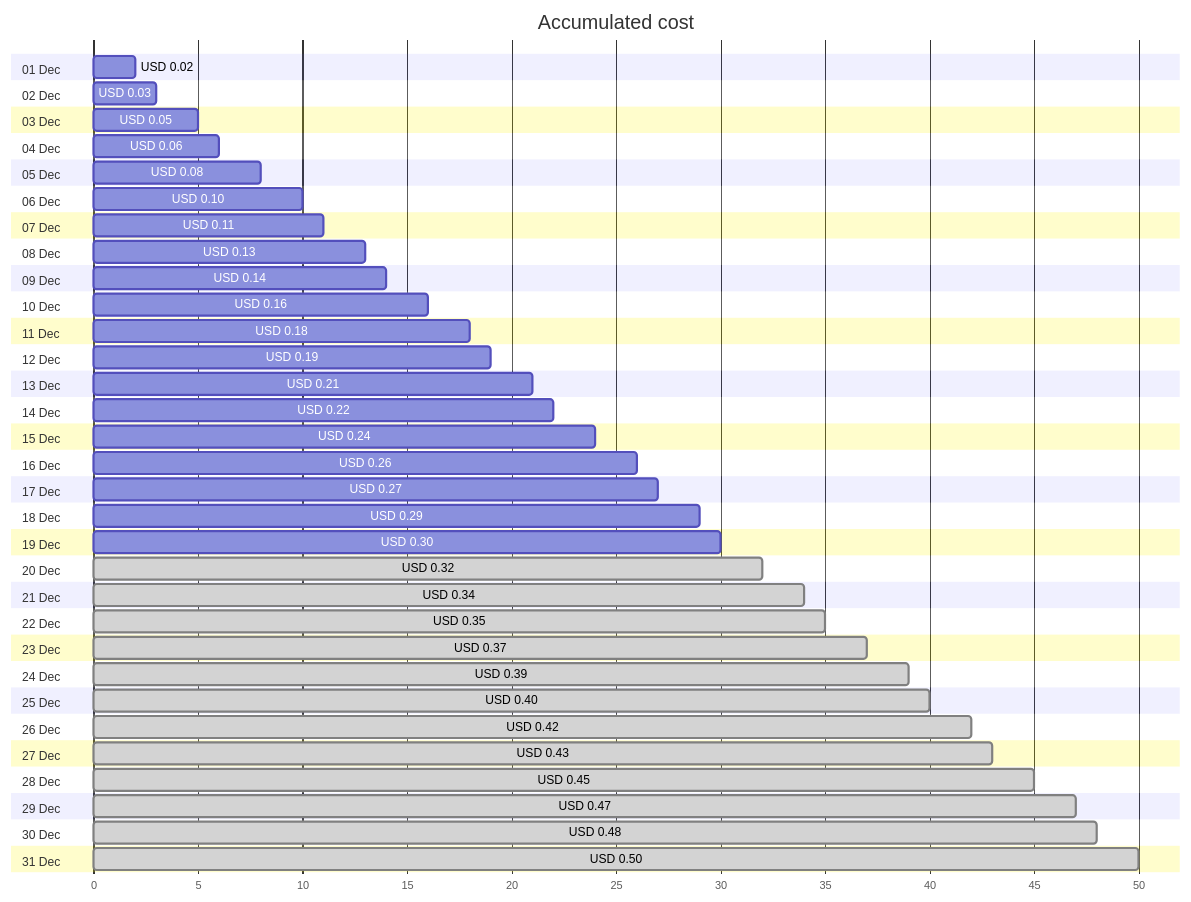
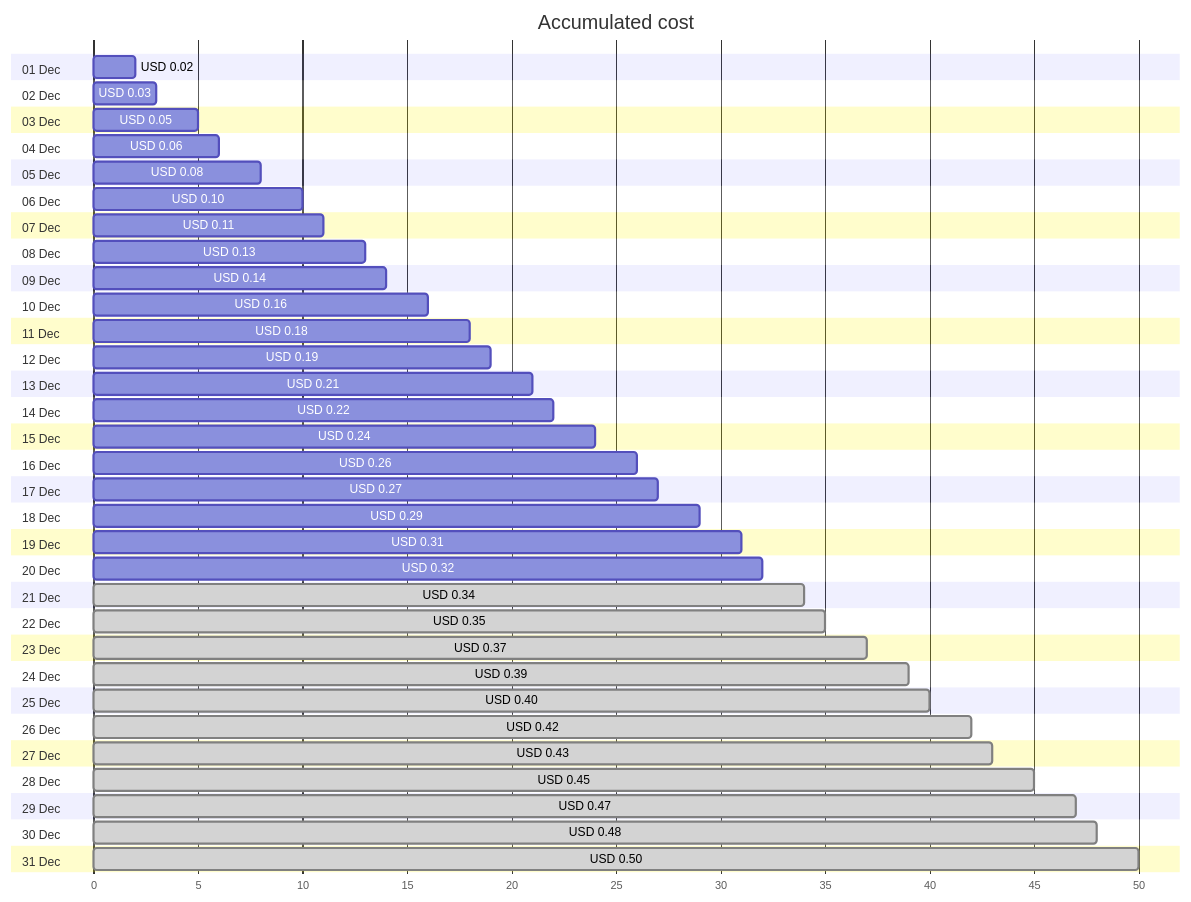
One commit to jpfulton/azure-personal-reports changed the first of 4 diagrams in cost-reports/personal-network/private.jpatrickfulton.com.md. Above: the diagram before and after it, drawn with Mermaid. The commit also changed other lines of this file and 8 other files, not shown here.

````diff
--- a/cost-reports/personal-network/private.jpatrickfulton.com.md
+++ b/cost-reports/personal-network/private.jpatrickfulton.com.md
@@ -20,68 +20,68 @@
 ```mermaid
 gantt
    title Accumulated cost
    dateFormat  X
    axisFormat %s
    section 01 Dec
    USD 0.02 :0, 2
    section 02 Dec
    USD 0.03 :0, 3
    section 03 Dec
    USD 0.05 :0, 5
    section 04 Dec
    USD 0.06 :0, 6
    section 05 Dec
    USD 0.08 :0, 8
    section 06 Dec
    USD 0.10 :0, 10
    section 07 Dec
    USD 0.11 :0, 11
    section 08 Dec
    USD 0.13 :0, 13
    section 09 Dec
    USD 0.14 :0, 14
    section 10 Dec
    USD 0.16 :0, 16
    section 11 Dec
    USD 0.18 :0, 18
    section 12 Dec
    USD 0.19 :0, 19
    section 13 Dec
    USD 0.21 :0, 21
    section 14 Dec
    USD 0.22 :0, 22
    section 15 Dec
    USD 0.24 :0, 24
    section 16 Dec
    USD 0.26 :0, 26
    section 17 Dec
    USD 0.27 :0, 27
    section 18 Dec
    USD 0.29 :0, 29
    section 19 Dec
-   USD 0.30 :0, 30
+   USD 0.31 :0, 31
    section 20 Dec
-   USD 0.32 : done, 0, 32
+   USD 0.32 :0, 32
    section 21 Dec
    USD 0.34 : done, 0, 34
    section 22 Dec
    USD 0.35 : done, 0, 35
    section 23 Dec
    USD 0.37 : done, 0, 37
    section 24 Dec
    USD 0.39 : done, 0, 39
    section 25 Dec
    USD 0.40 : done, 0, 40
    section 26 Dec
    USD 0.42 : done, 0, 42
    section 27 Dec
    USD 0.43 : done, 0, 43
    section 28 Dec
    USD 0.45 : done, 0, 45
    section 29 Dec
    USD 0.47 : done, 0, 47
    section 30 Dec
    USD 0.48 : done, 0, 48
    section 31 Dec
    USD 0.50 : done, 0, 50
 ```
````
